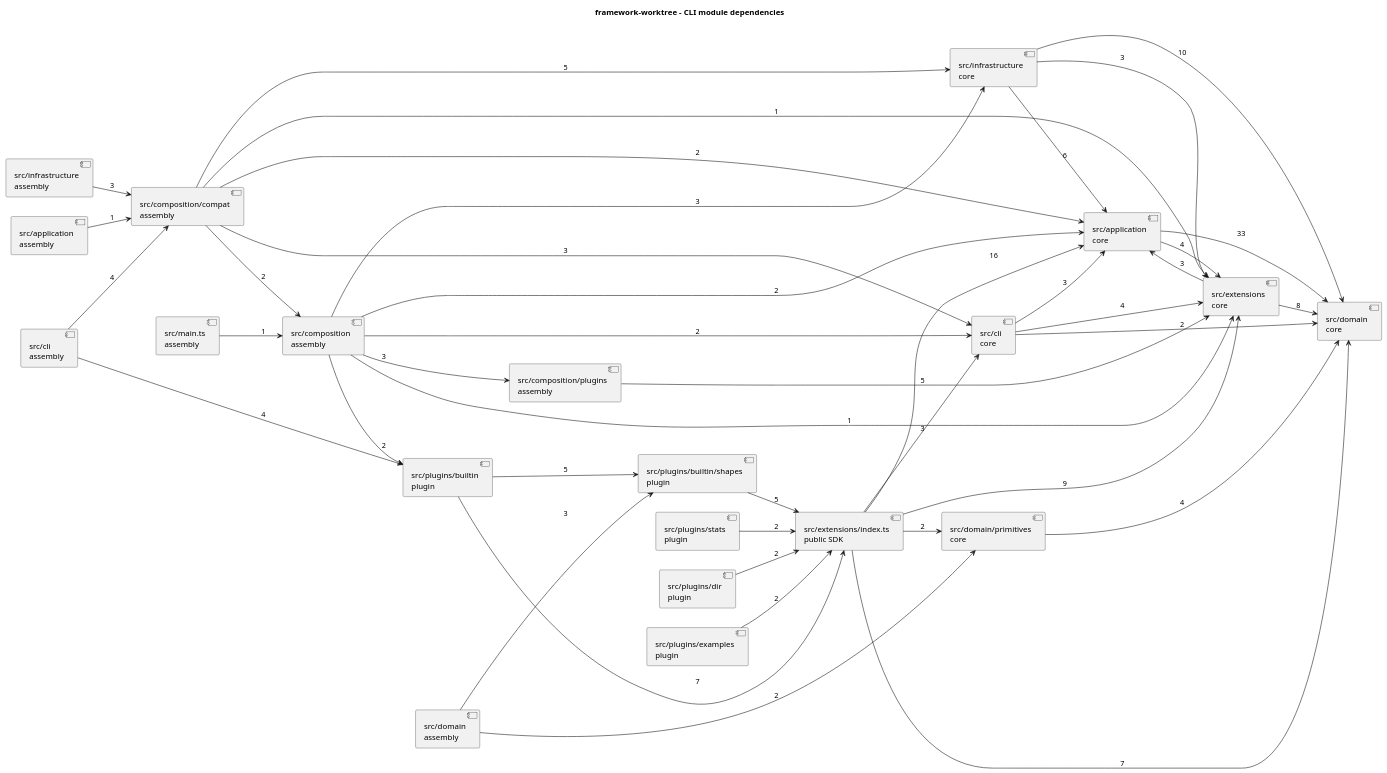
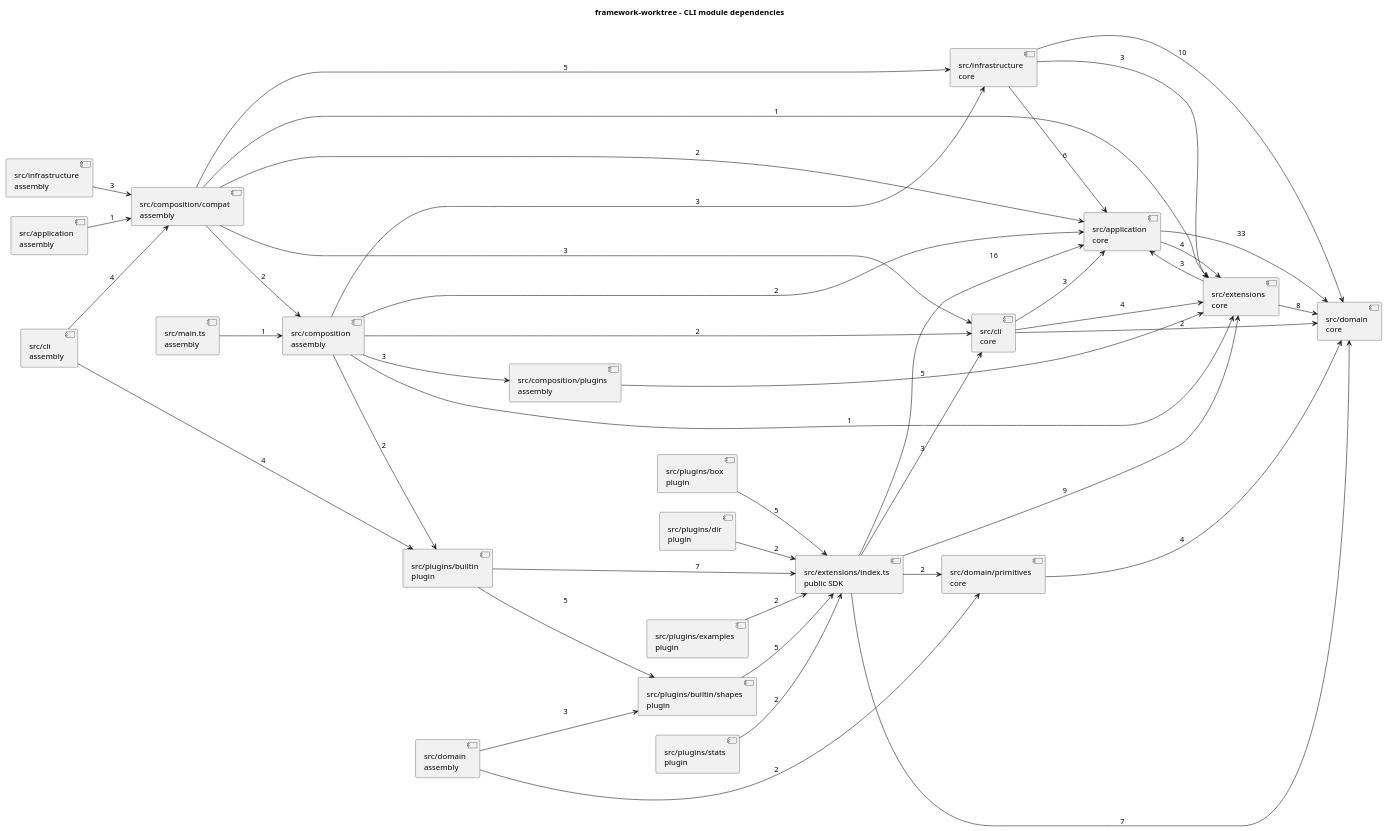
The diagram in docs/metrics/framework/after.puml (Fqmmm/SVG-APP), drawn with PlantUML before and after one commit. The commit also changed 24 other files, not shown here.

```diff
--- a/docs/metrics/framework/after.puml
+++ b/docs/metrics/framework/after.puml
@@ -1,65 +1,67 @@
 @startuml
 title framework-worktree - CLI module dependencies
 left to right direction
 component "src/application\ncore" as module0
 component "src/application\nassembly" as module1
 component "src/cli\ncore" as module2
 component "src/cli\nassembly" as module3
 component "src/composition\nassembly" as module4
 component "src/composition/compat\nassembly" as module5
 component "src/composition/plugins\nassembly" as module6
 component "src/domain\ncore" as module7
 component "src/domain\nassembly" as module8
 component "src/domain/primitives\ncore" as module9
 component "src/extensions\ncore" as module10
 component "src/extensions/index.ts\npublic SDK" as module11
 component "src/infrastructure\nassembly" as module12
 component "src/infrastructure\ncore" as module13
 component "src/main.ts\nassembly" as module14
-component "src/plugins/builtin\nplugin" as module15
-component "src/plugins/builtin/shapes\nplugin" as module16
-component "src/plugins/dir\nplugin" as module17
-component "src/plugins/examples\nplugin" as module18
-component "src/plugins/stats\nplugin" as module19
+component "src/plugins/box\nplugin" as module15
+component "src/plugins/builtin\nplugin" as module16
+component "src/plugins/builtin/shapes\nplugin" as module17
+component "src/plugins/dir\nplugin" as module18
+component "src/plugins/examples\nplugin" as module19
+component "src/plugins/stats\nplugin" as module20
 module0 --> module7 : 33
 module0 --> module10 : 4
 module1 --> module5 : 1
 module3 --> module5 : 4
-module3 --> module15 : 4
+module3 --> module16 : 4
 module2 --> module0 : 3
 module2 --> module10 : 4
 module2 --> module7 : 2
 module4 --> module6 : 3
 module5 --> module0 : 2
 module5 --> module4 : 2
 module5 --> module2 : 3
 module5 --> module13 : 5
 module5 --> module10 : 1
 module4 --> module10 : 1
-module4 --> module15 : 2
+module4 --> module16 : 2
 module4 --> module0 : 2
 module4 --> module2 : 2
 module4 --> module13 : 3
 module6 --> module10 : 5
-module8 --> module16 : 3
+module8 --> module17 : 3
 module8 --> module9 : 2
 module9 --> module7 : 4
 module10 --> module7 : 8
 module10 --> module0 : 3
 module11 --> module7 : 7
 module11 --> module0 : 16
 module11 --> module2 : 3
 module11 --> module10 : 9
 module11 --> module9 : 2
 module12 --> module5 : 3
 module13 --> module0 : 6
 module13 --> module7 : 10
 module13 --> module10 : 3
 module14 --> module4 : 1
-module15 --> module11 : 7
-module15 --> module16 : 5
-module16 --> module11 : 5
-module17 --> module11 : 2
+module15 --> module11 : 5
+module16 --> module11 : 7
+module16 --> module17 : 5
+module17 --> module11 : 5
 module18 --> module11 : 2
 module19 --> module11 : 2
+module20 --> module11 : 2
 @enduml
```
